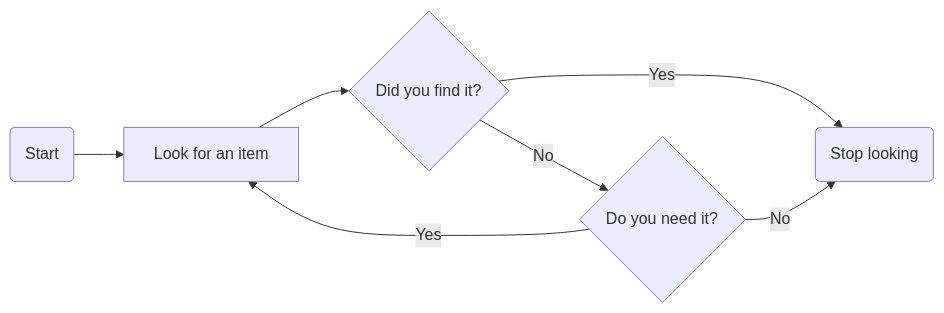
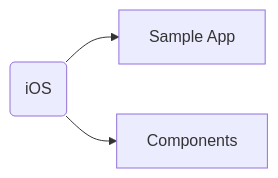
One commit to Packiaseelan/test changed the diagram in README.md. Above: the diagram before and after it, drawn with Mermaid.

````diff
--- a/README.md
+++ b/README.md
@@ -3,11 +3,8 @@
 ```mermaid
 graph LR
 
-A(Start)
-A --> B[Look for an item]
-B --> C{Did you find it?}
-C -->|Yes| D(Stop looking)
-C -->|No| E{Do you need it?}
-E -->|Yes| B
-E -->|No| D
+A(iOS)
+A --> B[Sample App]
+A --> C[Components]
+
 ```
````
